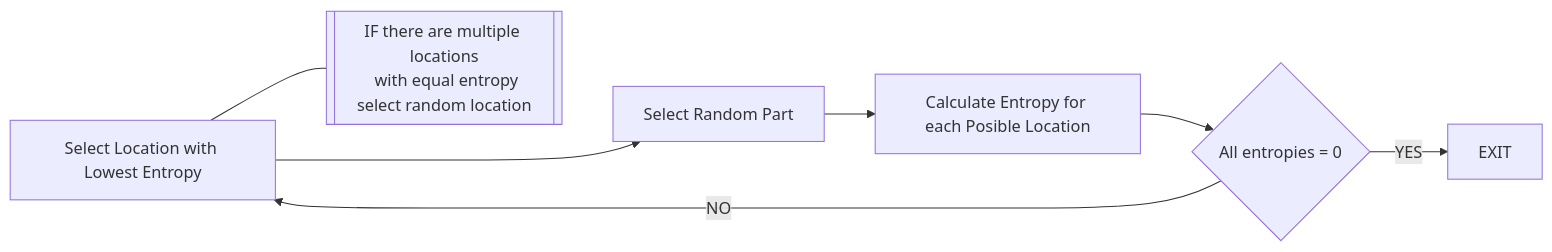
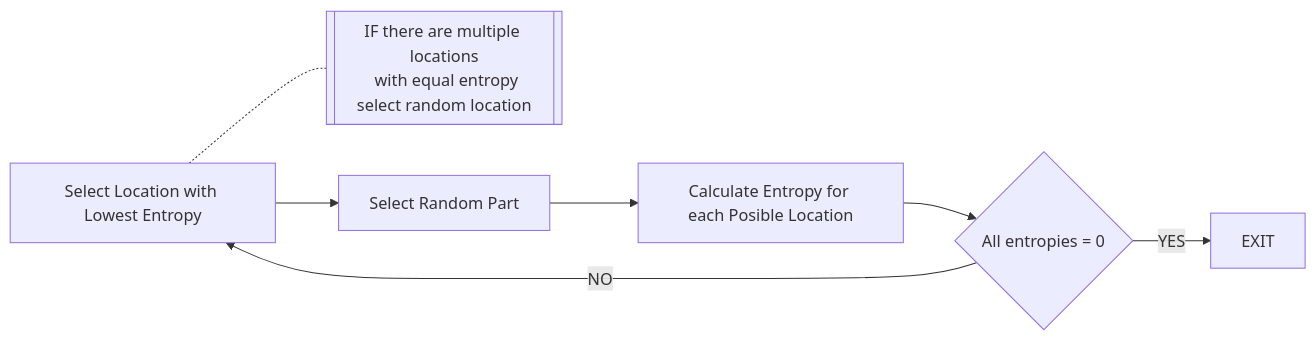
Before and after one commit to Negative-light/wavy-life-sim: the third of 3 diagrams in README.md, drawn with Mermaid. The commit also changed other lines of this file, not shown here.

````diff
--- a/README.md
+++ b/README.md
@@ -230,11 +227,10 @@
 ```mermaid
 graph LR
     A[Select Location with Lowest Entropy]
     ANOTE[["IF there are multiple locations\n with equal entropy\nselect random location"]]
-    A---ANOTE
-    ANOTE~~~B
+    A-.-ANOTE
     A-->B[Select Random Part]-->
     C[Calculate Entropy for each Posible Location]-->
     D{All entropies = 0}-->|NO|A
     D-->|YES|EXIT
 ```
````
